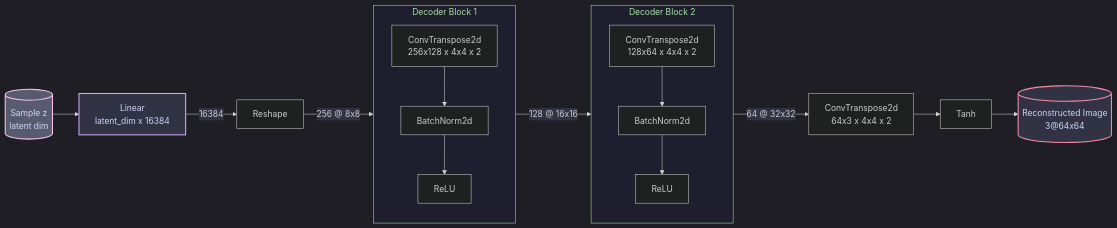
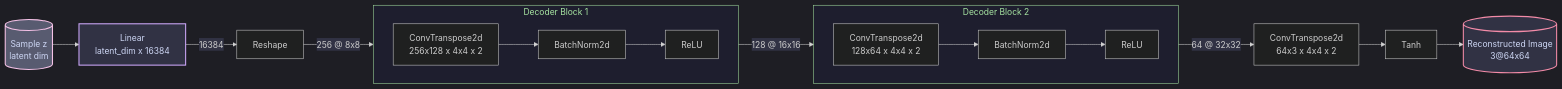
Diagram 14 of 17 in docs/DNN/model-expr/Image-models-replication.md (dicaeopolis/dicaeopolis.github.io), drawn with Mermaid before and after one commit. The commit also changed other lines of this file, not shown here.

````diff
--- a/docs/DNN/model-expr/Image-models-replication.md
+++ b/docs/DNN/model-expr/Image-models-replication.md
@@ -2953,54 +2956,56 @@
 ```mermaid
 %%{init: {'theme': 'dark', 'themeVariables': { 'darkMode': true, 'primaryColor': '#1e1e2e', 'edgeLabelBackground':'#313244', 'tertiaryColor': '#181825'}}}%%
 graph LR
     %% Styling definitions
     classDef box fill:#313244,stroke:#cdd6f4,stroke-width:2px,color:#cdd6f4,radius:8px;
     classDef input fill:#585b70,stroke:#f5c2e7,stroke-width:2px,color:#cdd6f4;
     classDef output fill:#313244,stroke:#f38ba8,stroke-width:2px,color:#cdd6f4;
     classDef fc fill:#313244,stroke:#cba6f7,stroke-width:2px,color:#cdd6f4;
     classDef deconvBlock fill:#1e1e2e,stroke:#a6e3a1,stroke-width:1px,color:#a6e3a1;
 
     %% Input
     Input[("Sample z<br>latent dim")]
     class Input input;
     
     %% FC and Reshape
     FC_dec["Linear<br>latent_dim x 16384"]
     Reshape["Reshape"]
     
     %% Decoder Block 1
     subgraph DecoderBlock1 ["Decoder Block 1"]
+        direction LR
         ConvT1["ConvTranspose2d<br>256x128 x 4x4 x 2"]
         BN1["BatchNorm2d"]
         ReLU1["ReLU"]
         ConvT1 --> BN1 --> ReLU1
     end
     
     %% Decoder Block 2
     subgraph DecoderBlock2 ["Decoder Block 2"]
+        direction LR
         ConvT2["ConvTranspose2d<br>128x64 x 4x4 x 2"]
         BN2["BatchNorm2d"]
         ReLU2["ReLU"]
         ConvT2 --> BN2 --> ReLU2
     end
     
     %% Final Conv and Activation
     ConvT3["ConvTranspose2d<br>64x3 x 4x4 x 2"]
     Tanh["Tanh"]
     
     %% Output
     Output[("Reconstructed Image<br>3@64x64")]
     
     %% Connections
     Input --> FC_dec
     FC_dec --> |16384| Reshape
     Reshape --> |256 @ 8x8| DecoderBlock1
     DecoderBlock1 --> |128 @ 16x16| DecoderBlock2
     DecoderBlock2 --> |64 @ 32x32| ConvT3
     ConvT3 --> Tanh --> Output
     
     %% Styling
     class FC_dec fc;
     class DecoderBlock1,DecoderBlock2 deconvBlock;
     class Output output;
 ```
````
